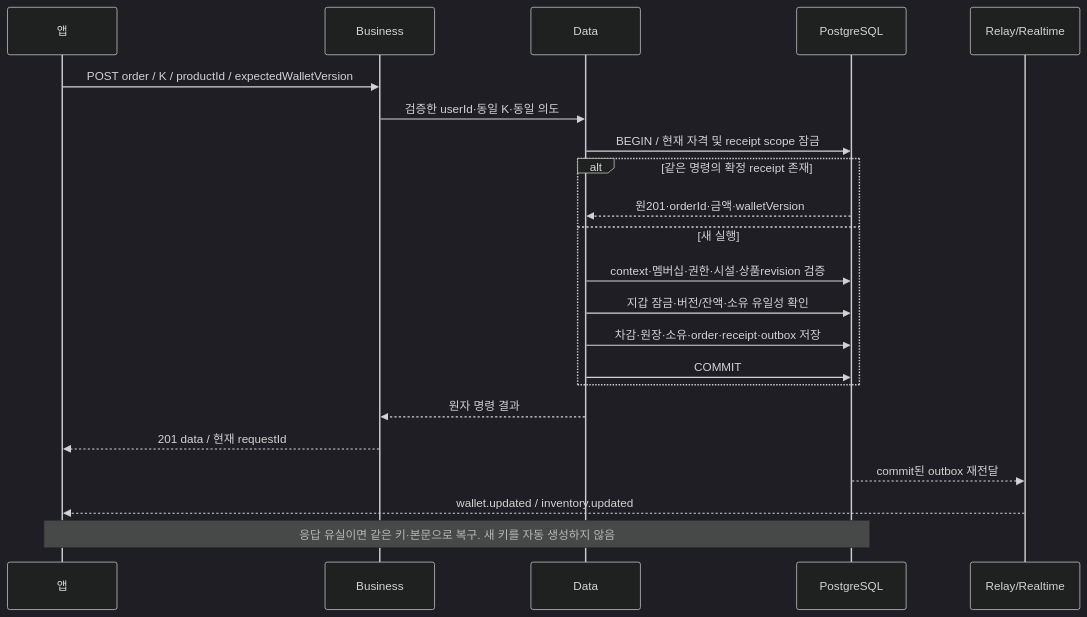
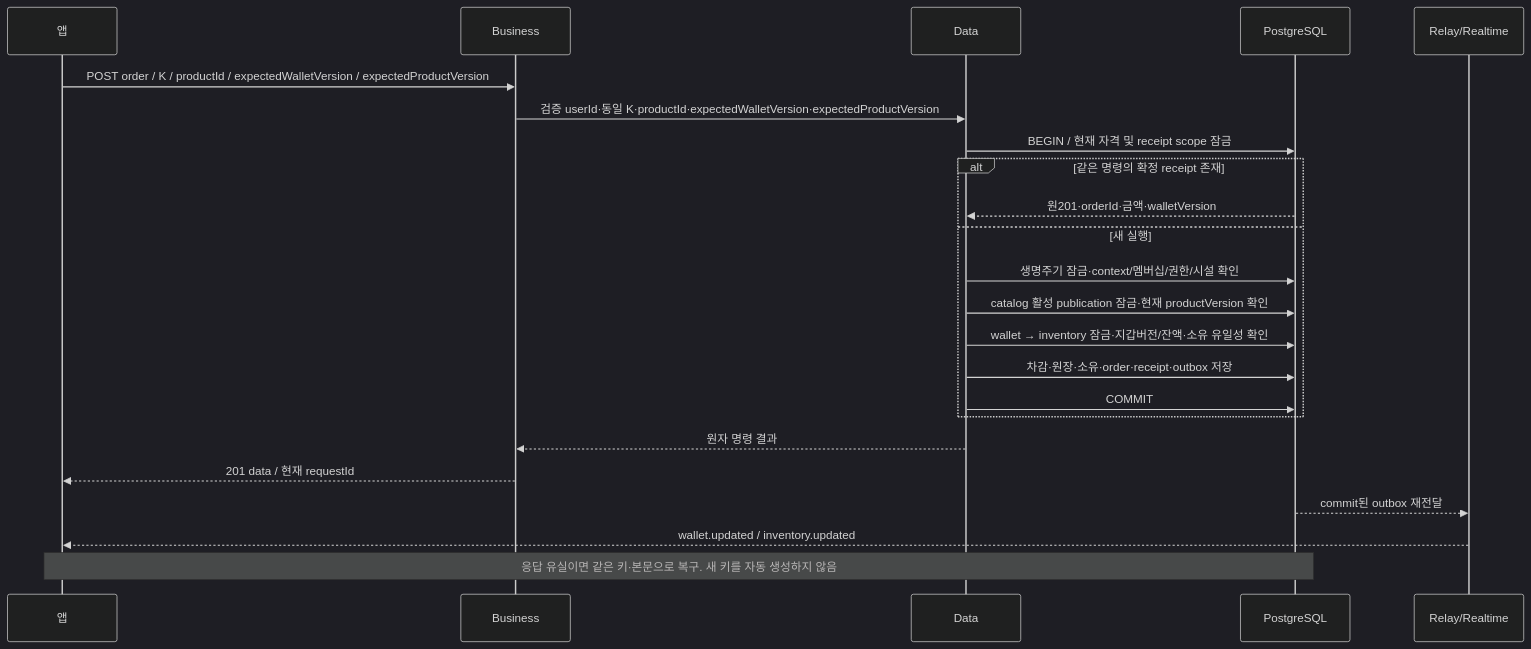
The second of 2 diagrams in docs/prd/island-shop/high-level-design.md (OneOrThree/phone), drawn with Mermaid (dark theme) before and after one commit. The commit also changed other lines of this file and 5 other files, not shown here.

````diff
--- a/docs/prd/island-shop/high-level-design.md
+++ b/docs/prd/island-shop/high-level-design.md
@@ -30,24 +36,25 @@
 ```mermaid
 sequenceDiagram
   participant A as 앱
   participant B as Business
   participant D as Data
   participant P as PostgreSQL
   participant R as Relay/Realtime
-  A->>B: POST order / K / productId / expectedWalletVersion
-  B->>D: 검증한 userId·동일 K·동일 의도
+  A->>B: POST order / K / productId / expectedWalletVersion / expectedProductVersion
+  B->>D: 검증 userId·동일 K·productId·expectedWalletVersion·expectedProductVersion
   D->>P: BEGIN / 현재 자격 및 receipt scope 잠금
   alt 같은 명령의 확정 receipt 존재
     P-->>D: 원201·orderId·금액·walletVersion
   else 새 실행
-    D->>P: context·멤버십·권한·시설·상품revision 검증
-    D->>P: 지갑 잠금·버전/잔액·소유 유일성 확인
+    D->>P: 생명주기 잠금·context/멤버십/권한/시설 확인
+    D->>P: catalog 활성 publication 잠금·현재 productVersion 확인
+    D->>P: wallet → inventory 잠금·지갑버전/잔액·소유 유일성 확인
     D->>P: 차감·원장·소유·order·receipt·outbox 저장
     D->>P: COMMIT
   end
   D-->>B: 원자 명령 결과
   B-->>A: 201 data / 현재 requestId
   P-->>R: commit된 outbox 재전달
   R-->>A: wallet.updated / inventory.updated
   Note over A,P: 응답 유실이면 같은 키·본문으로 복구. 새 키를 자동 생성하지 않음
 ```
````
